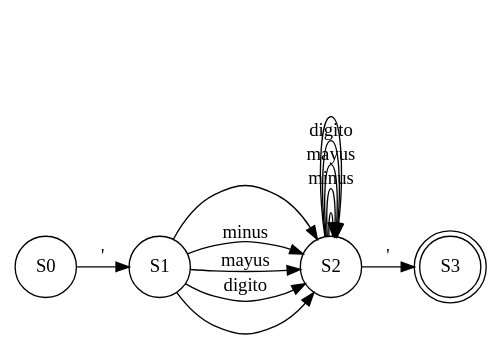
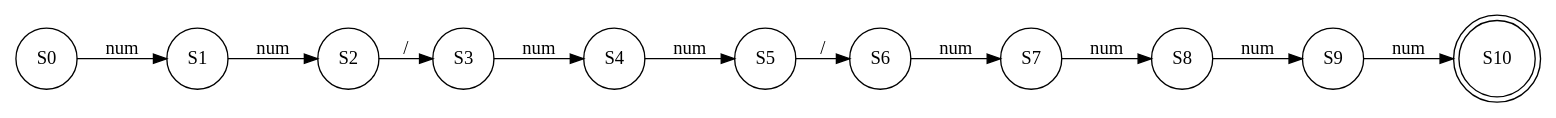
Before and after one commit to RojasCJP/Proyecto1_Compi1: the diagram in out/production/Proyecto1/Graphviz/AFD24.dot, drawn with Graphviz. The commit also changed 465 other files, not shown here.

```diff
--- a/out/production/Proyecto1/Graphviz/AFD24.dot
+++ b/out/production/Proyecto1/Graphviz/AFD24.dot
@@ -1,16 +1,14 @@
 digraph structs {
 rankdir=LR;
-node [shape=doublecircle];S3;
-node [shape=circle];S0->S1[label="\'"];
-S1->S2[label="\n"];
-S1->S2[label="minus"];
-S1->S2[label="mayus"];
-S1->S2[label="digito"];
-S1->S2[label=" "];
-S2->S2[label="\n"];
-S2->S2[label="minus"];
-S2->S2[label="mayus"];
-S2->S2[label="digito"];
-S2->S2[label=" "];
-S2->S3[label="\'"];
+node [shape=doublecircle];S10;
+node [shape=circle];S0->S1[label="num"];
+S1->S2[label="num"];
+S2->S3[label="/"];
+S3->S4[label="num"];
+S4->S5[label="num"];
+S5->S6[label="/"];
+S6->S7[label="num"];
+S7->S8[label="num"];
+S8->S9[label="num"];
+S9->S10[label="num"];
 }
```
